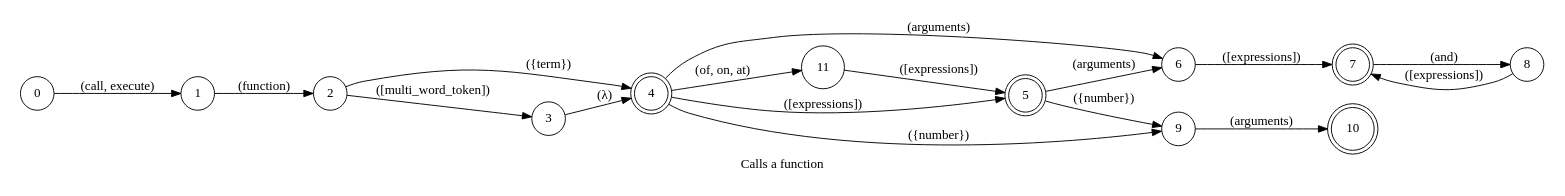
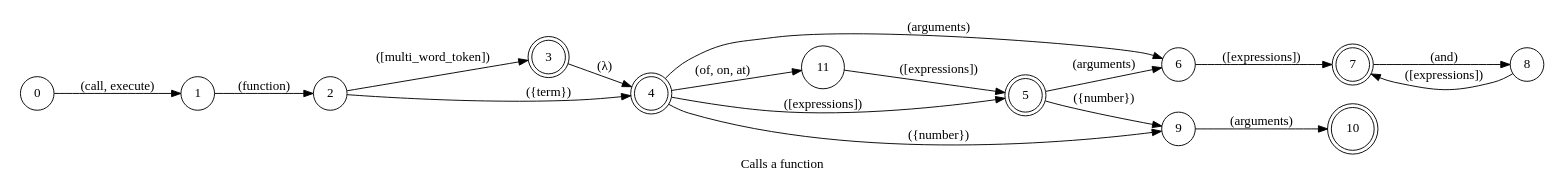
One commit to pedrooaugusto/speech-to-code changed the diagram in spoken/src/modules/typescript/function_call/phrase_en-US.dot. Above: the diagram before and after it, drawn with Graphviz. The commit also changed 14 other files, not shown here.

```diff
--- a/spoken/src/modules/typescript/function_call/phrase_en-US.dot
+++ b/spoken/src/modules/typescript/function_call/phrase_en-US.dot
@@ -1,28 +1,28 @@
 digraph function_call {
     id="function_call";
     label="Calls a function";
     lang="en-US";
     langName="English";
     pad="0.2";
     rankdir=LR;
     priority="2";
-    node[shape=doublecircle]; 4 5 7 10;
+    node[shape=doublecircle]; 3 4 5 7 10;
     node[shape=circle];
 
     0 -> 1 [label="(call, execute)"];
     1 -> 2 [label="(function)"];
     2 -> 3 [label="([multi_word_token])", store=functionName, extraArgs="{\"case\": \"camel\"}"];
     3 -> 4 [label="(λ)"];
     2 -> 4 [label="({term})", store=functionName];
     4 -> 11 [label="(of, on, at)", disableSpellcheck="true"];
     {4 11} -> 5 [label="([expressions])", store=caller];
     {4 5} -> 6 [label="(arguments)"];
     6 -> 7 [label="([expressions])", store=args];
     7 -> 8 [label="(and)"];
     8 -> 7 [label="([expressions])", store=args];
     {4 5} -> 9 [label="({number})", store=argsNumber];
     9 -> 10 [label="(arguments)"];
 
     title="Calls a function";
     desc="Calls a function with the specified arguments in the desired caller";
 }
```
